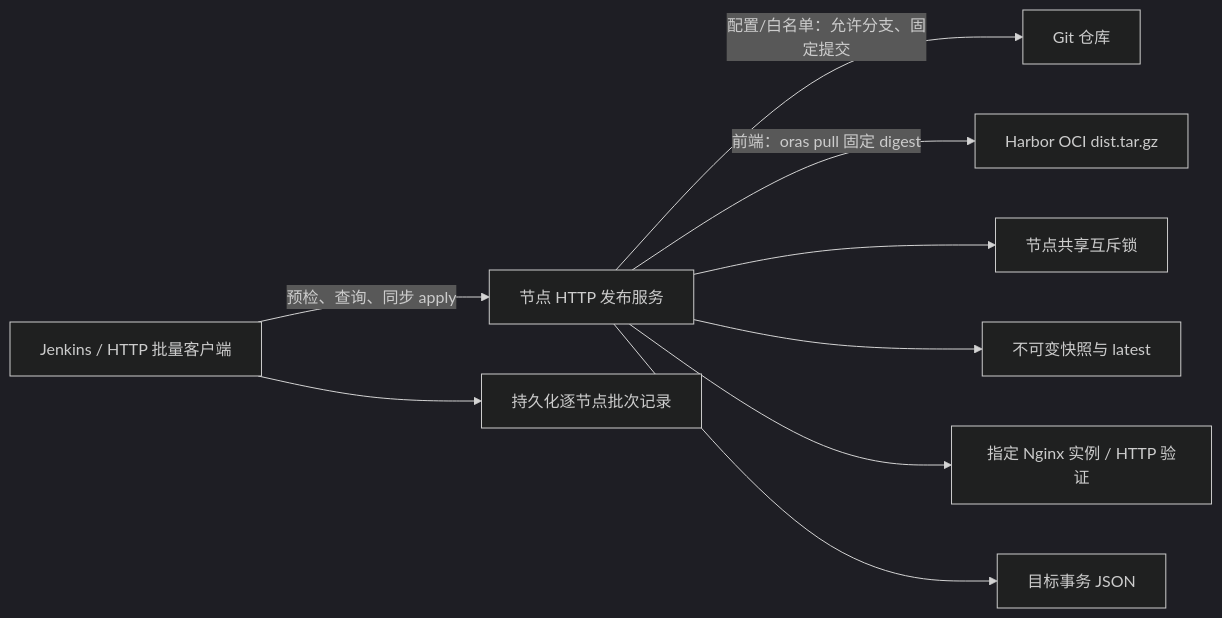
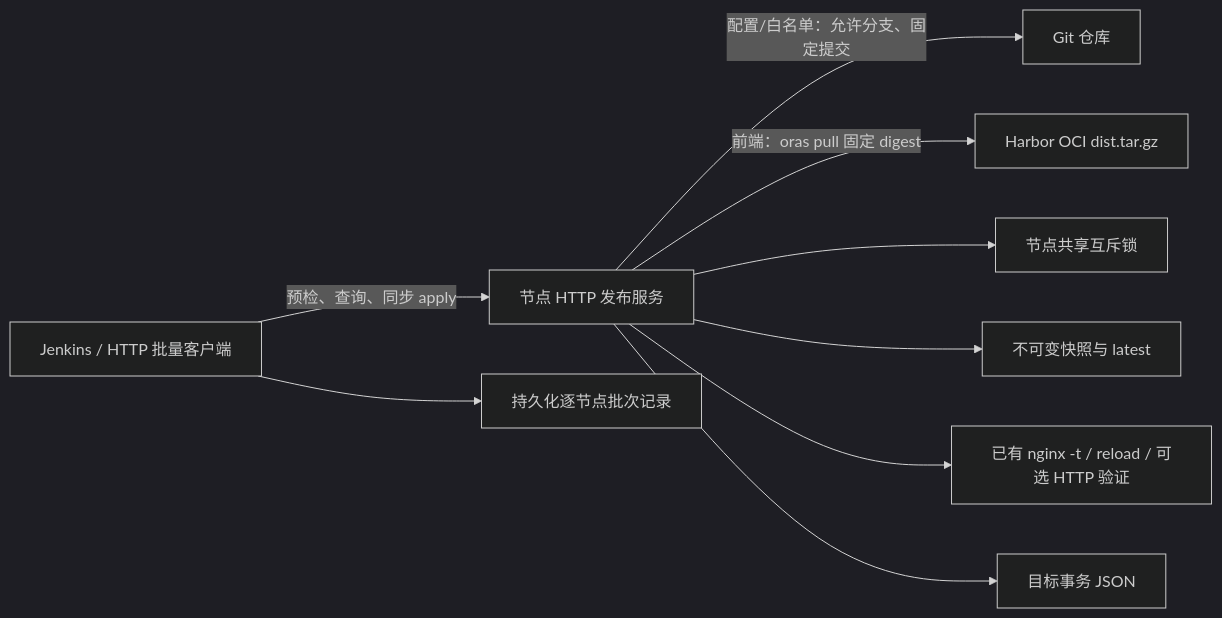
The diagram in edge-sync-agent-design-v3.md (jackwhich/config_sync_nginx), drawn with Mermaid (dark theme) before and after one commit. The commit also changed other lines of this file and 2 other files, not shown here.

Commit message:
Align design and Jenkins pipeline with standard nginx commands

````diff
--- a/edge-sync-agent-design-v3.md
+++ b/edge-sync-agent-design-v3.md
@@ -25,11 +25,11 @@
 ```mermaid
 flowchart LR
     CI[Jenkins / HTTP 批量客户端] -->|预检、查询、同步 apply| S[节点 HTTP 发布服务]
     S -->|配置/白名单：允许分支、固定提交| G[Git 仓库]
     S -->|前端：oras pull 固定 digest| H[Harbor OCI dist.tar.gz]
     S --> L[节点共享互斥锁]
     S --> D[不可变快照与 latest]
-    S --> N[指定 Nginx 实例 / HTTP 验证]
+    S --> N[已有 nginx -t / reload / 可选 HTTP 验证]
     S --> J[目标事务 JSON]
     CI --> B[持久化逐节点批次记录]
 ```
````
